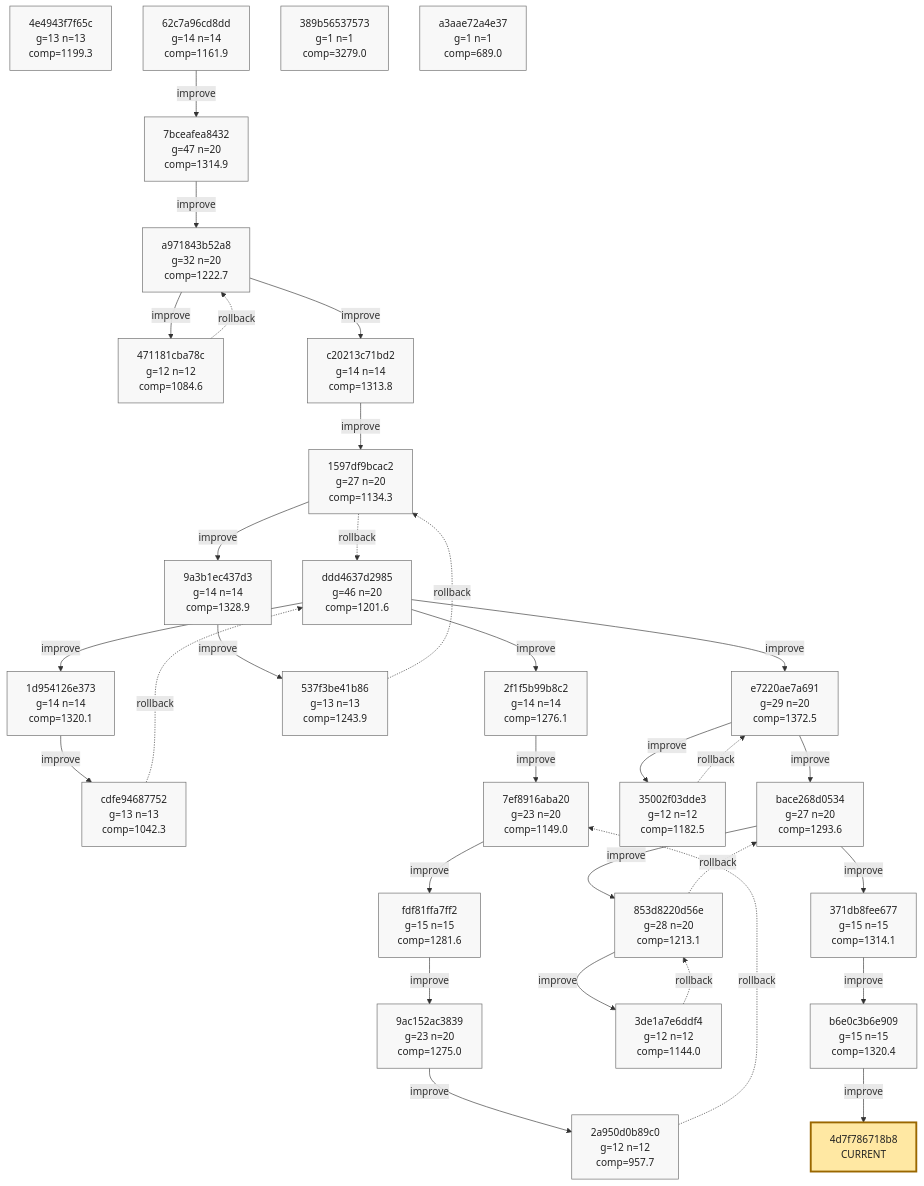
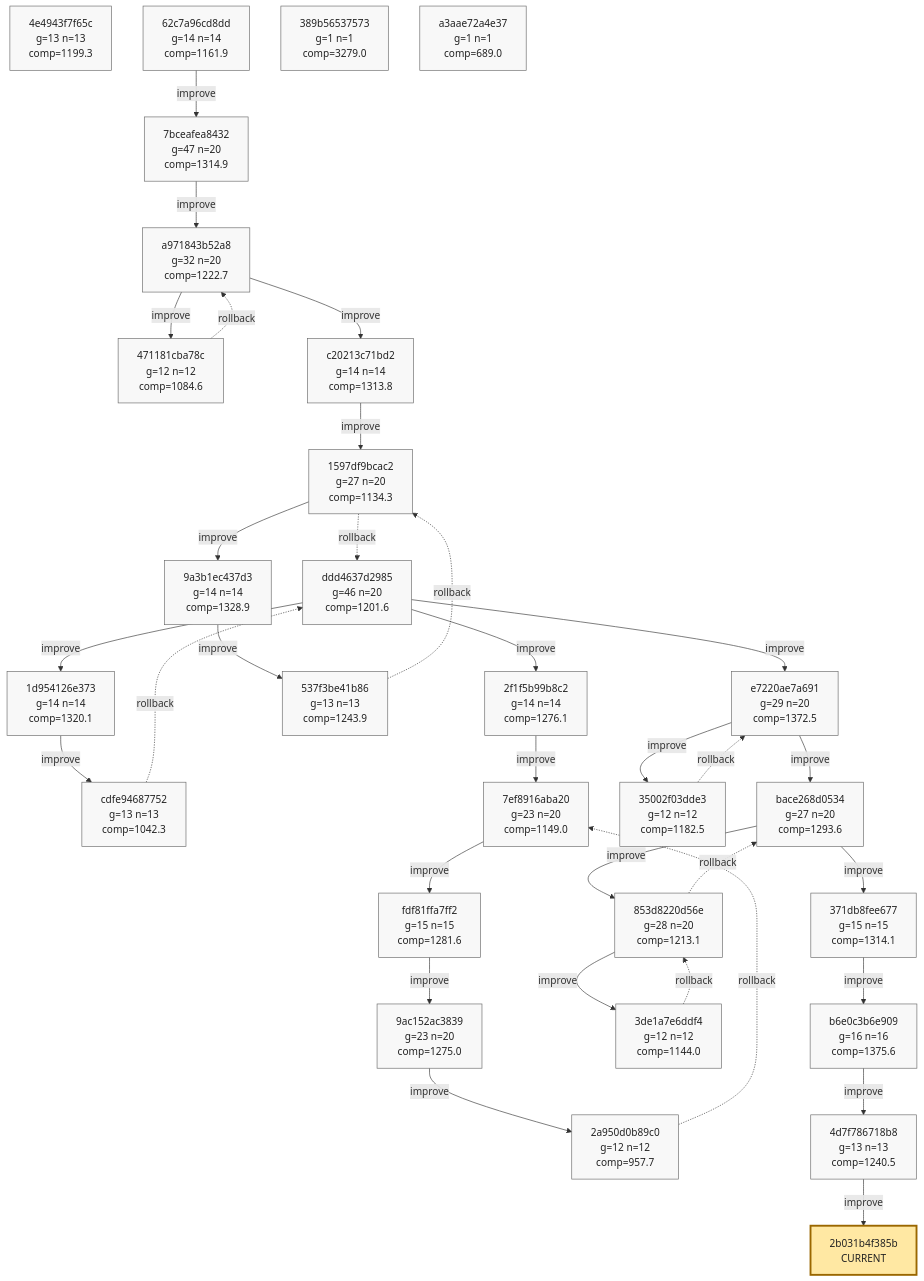
Before and after one commit to azumag/soviet_now: the ninth of 9 diagrams in phyrogenetic-tree.md, drawn with Mermaid. The commit also changed other lines of this file and 2 other files, not shown here.

Commit message:
eloop Improve after 12 games (scores: 1405 3334 3464 998 1116 1153 1790 936 1683 883 1291 1456)

````diff
--- a/phyrogenetic-tree.md
+++ b/phyrogenetic-tree.md
@@ -2252,10 +2253,11 @@
     h_853d8220d56e["853d8220d56e<br/>g=28 n=20<br/>comp=1213.1"]
     h_3de1a7e6ddf4["3de1a7e6ddf4<br/>g=12 n=12<br/>comp=1144.0"]
     h_371db8fee677["371db8fee677<br/>g=15 n=15<br/>comp=1314.1"]
-    h_b6e0c3b6e909["b6e0c3b6e909<br/>g=15 n=15<br/>comp=1320.4"]
+    h_b6e0c3b6e909["b6e0c3b6e909<br/>g=16 n=16<br/>comp=1375.6"]
+    h_4d7f786718b8["4d7f786718b8<br/>g=13 n=13<br/>comp=1240.5"]
     h_389b56537573["389b56537573<br/>g=1 n=1<br/>comp=3279.0"]
     h_a3aae72a4e37["a3aae72a4e37<br/>g=1 n=1<br/>comp=689.0"]
-    h_4d7f786718b8["4d7f786718b8<br/>CURRENT"]
+    h_2b031b4f385b["2b031b4f385b<br/>CURRENT"]
 
     h_ddd4637d2985 -->|improve| h_1d954126e373
     h_1d954126e373 -->|improve| h_cdfe94687752
@@ -2287,6 +2289,7 @@
     h_bace268d0534 -->|improve| h_371db8fee677
     h_371db8fee677 -->|improve| h_b6e0c3b6e909
     h_b6e0c3b6e909 -->|improve| h_4d7f786718b8
+    h_4d7f786718b8 -->|improve| h_2b031b4f385b
 
     classDef plain fill:#f8f8f8,stroke:#666,stroke-width:1px,color:#222;
     classDef current fill:#ffe8a3,stroke:#9a6700,stroke-width:3px,color:#222;
@@ -2317,7 +2320,8 @@
     class h_3de1a7e6ddf4 plain;
     class h_371db8fee677 plain;
     class h_b6e0c3b6e909 plain;
+    class h_4d7f786718b8 plain;
     class h_389b56537573 plain;
     class h_a3aae72a4e37 plain;
-    class h_4d7f786718b8 current;
+    class h_2b031b4f385b current;
 ```
````
